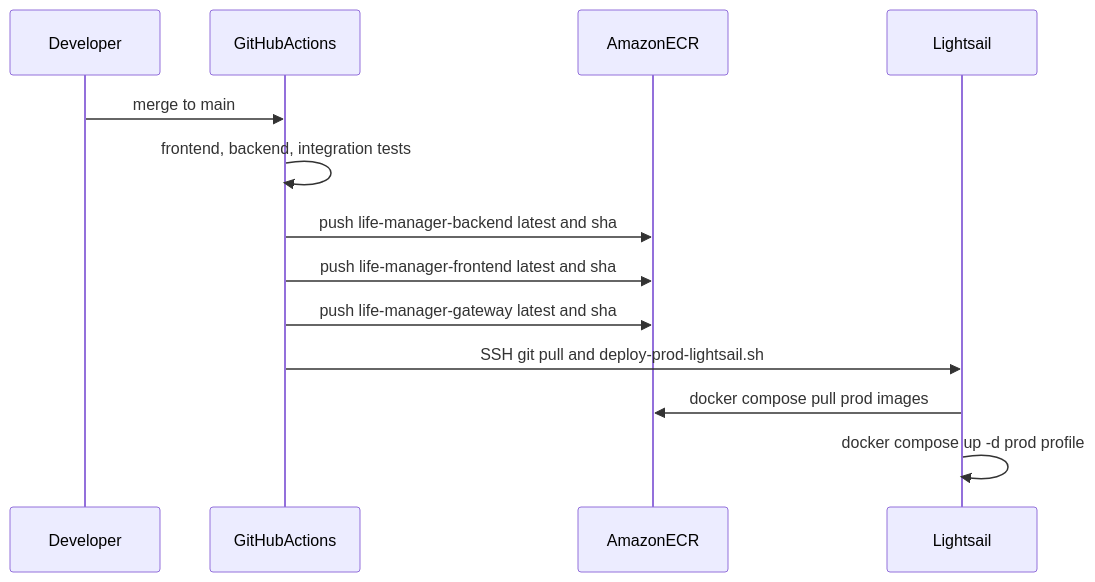
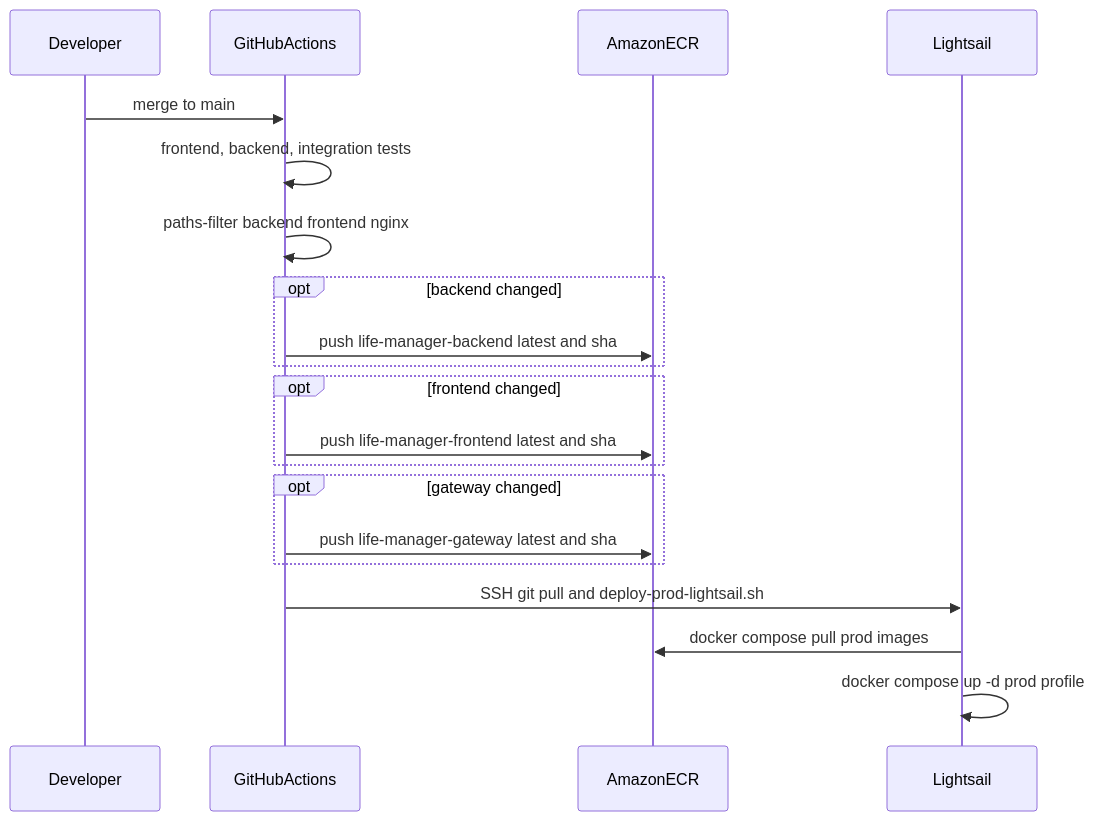
The fourth of 5 diagrams in docs/architecture.md (mikeyjay39/life-manager), drawn with Mermaid before and after one commit. The commit also changed other lines of this file and 19 other files, not shown here.

````diff
--- a/docs/architecture.md
+++ b/docs/architecture.md
@@ -103,16 +103,23 @@
 ```mermaid
 sequenceDiagram
   participant Dev as Developer
   participant GH as GitHubActions
   participant ECR as AmazonECR
   participant LS as Lightsail
 
   Dev->>GH: merge to main
   GH->>GH: frontend, backend, integration tests
-  GH->>ECR: push life-manager-backend latest and sha
-  GH->>ECR: push life-manager-frontend latest and sha
-  GH->>ECR: push life-manager-gateway latest and sha
+  GH->>GH: paths-filter backend frontend nginx
+  opt backend changed
+    GH->>ECR: push life-manager-backend latest and sha
+  end
+  opt frontend changed
+    GH->>ECR: push life-manager-frontend latest and sha
+  end
+  opt gateway changed
+    GH->>ECR: push life-manager-gateway latest and sha
+  end
   GH->>LS: SSH git pull and deploy-prod-lightsail.sh
   LS->>ECR: docker compose pull prod images
   LS->>LS: docker compose up -d prod profile
 ```
````
